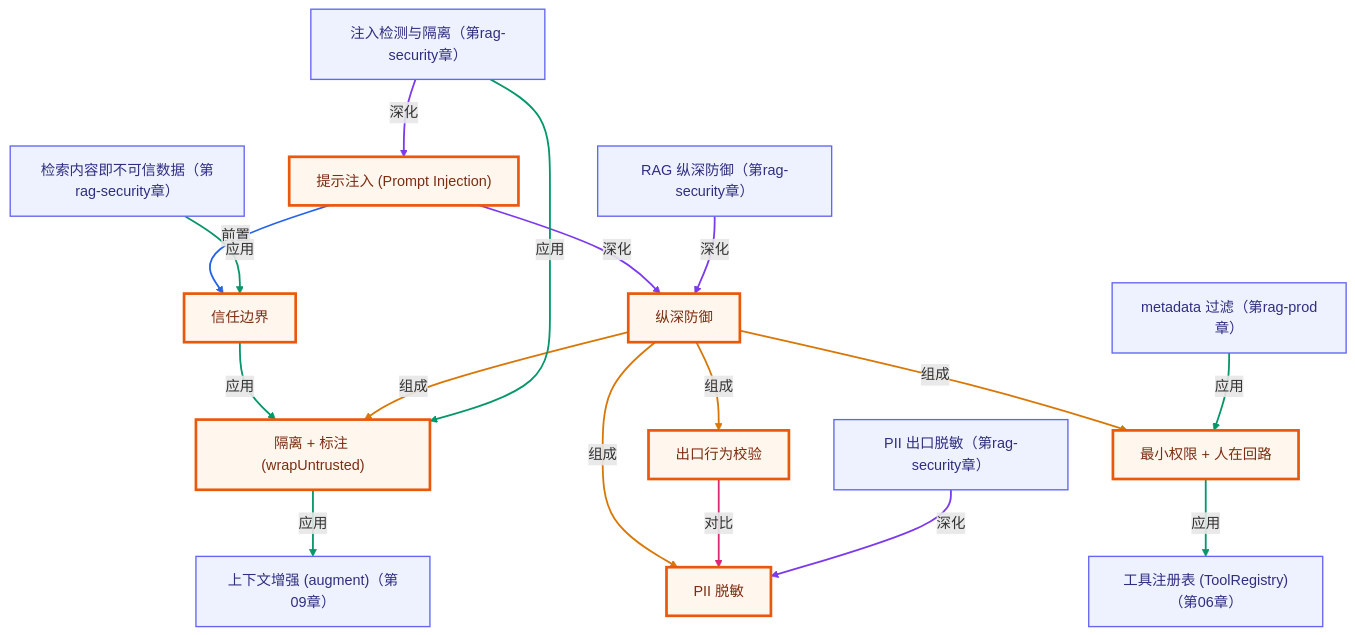
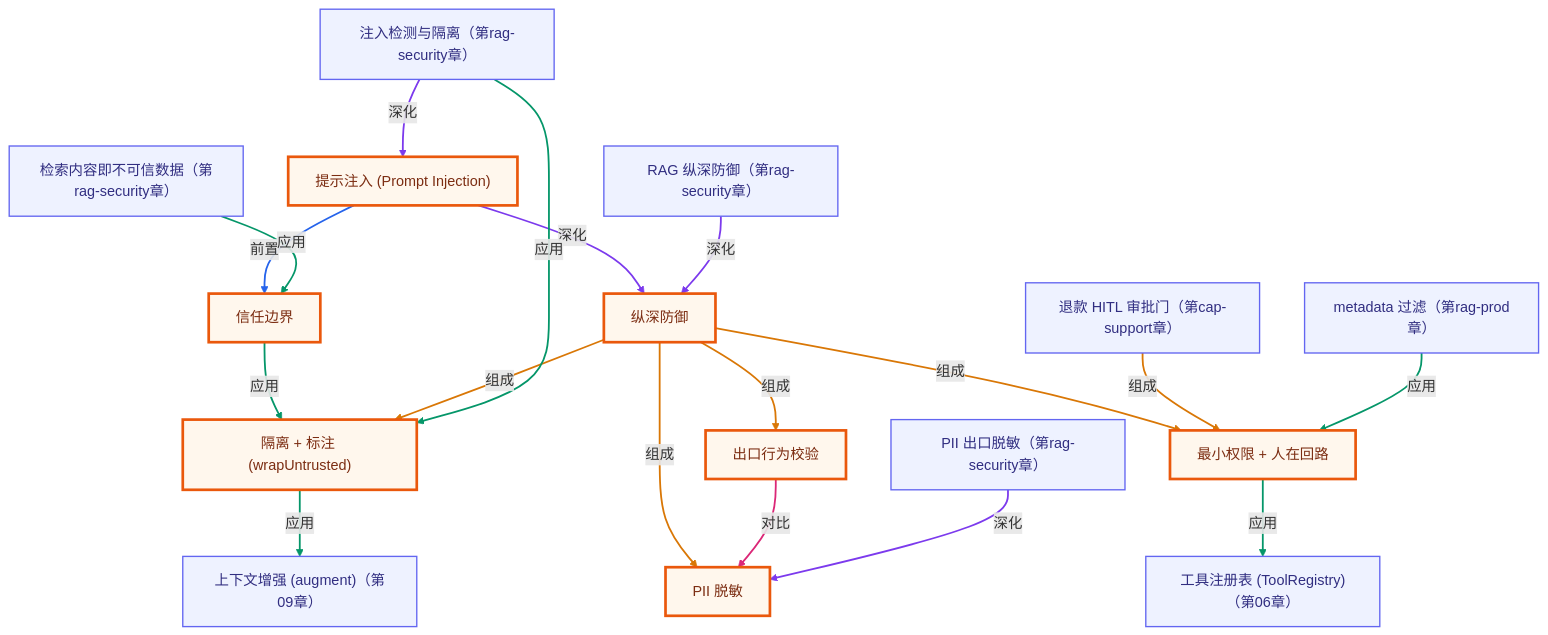
One commit to songuu/agent changed the second of 2 diagrams in lessons/17-safety-and-guardrails/README.md. Above: the diagram before and after it, drawn with Mermaid. The commit also changed other lines of this file and 46 other files, not shown here.

````diff
--- a/lessons/17-safety-and-guardrails/README.md
+++ b/lessons/17-safety-and-guardrails/README.md
@@ -201,53 +201,56 @@
 ```mermaid
 graph TB
   classDef own fill:#fff7ed,stroke:#ea580c,stroke-width:3px,color:#7c2d12;
   classDef cross fill:#eef2ff,stroke:#6366f1,stroke-width:1.5px,color:#312e81;
   n_c17_prompt_injection["提示注入 (Prompt Injection)"]
   n_c17_trust_boundary["信任边界"]
   n_c17_isolate_and_label["隔离 + 标注 (wrapUntrusted)"]
   n_c17_defense_in_depth["纵深防御"]
   n_c17_output_validation["出口行为校验"]
   n_c17_pii_redaction["PII 脱敏"]
   n_c17_human_in_the_loop["最小权限 + 人在回路"]
   n_c09_augment_prompt["上下文增强 (augment)（第09章）"]
   n_c06_tool_registry["工具注册表 (ToolRegistry)（第06章）"]
+  n_csup_hitl["退款 HITL 审批门（第cap-support章）"]
   n_cragprod_metadata_filter["metadata 过滤（第rag-prod章）"]
   n_cragsec_untrusted_retrieval["检索内容即不可信数据（第rag-security章）"]
   n_cragsec_injection_detection["注入检测与隔离（第rag-security章）"]
   n_cragsec_pii_redaction["PII 出口脱敏（第rag-security章）"]
   n_cragsec_defense_in_depth["RAG 纵深防御（第rag-security章）"]
   n_c17_prompt_injection -->|前置| n_c17_trust_boundary
   n_c17_trust_boundary -->|应用| n_c17_isolate_and_label
   n_c17_defense_in_depth -->|组成| n_c17_isolate_and_label
   n_c17_defense_in_depth -->|组成| n_c17_output_validation
   n_c17_defense_in_depth -->|组成| n_c17_pii_redaction
   n_c17_defense_in_depth -->|组成| n_c17_human_in_the_loop
   n_c17_output_validation -->|对比| n_c17_pii_redaction
   n_c17_prompt_injection -->|深化| n_c17_defense_in_depth
   n_c17_isolate_and_label -->|应用| n_c09_augment_prompt
   n_c17_human_in_the_loop -->|应用| n_c06_tool_registry
+  n_csup_hitl -->|组成| n_c17_human_in_the_loop
   n_cragprod_metadata_filter -->|应用| n_c17_human_in_the_loop
   n_cragsec_untrusted_retrieval -->|应用| n_c17_trust_boundary
   n_cragsec_injection_detection -->|深化| n_c17_prompt_injection
   n_cragsec_injection_detection -->|应用| n_c17_isolate_and_label
   n_cragsec_pii_redaction -->|深化| n_c17_pii_redaction
   n_cragsec_defense_in_depth -->|深化| n_c17_defense_in_depth
   class n_c17_prompt_injection,n_c17_trust_boundary,n_c17_isolate_and_label,n_c17_defense_in_depth,n_c17_output_validation,n_c17_pii_redaction,n_c17_human_in_the_loop own;
-  class n_c09_augment_prompt,n_c06_tool_registry,n_cragprod_metadata_filter,n_cragsec_untrusted_retrieval,n_cragsec_injection_detection,n_cragsec_pii_redaction,n_cragsec_defense_in_depth cross;
+  class n_c09_augment_prompt,n_c06_tool_registry,n_csup_hitl,n_cragprod_metadata_filter,n_cragsec_untrusted_retrieval,n_cragsec_injection_detection,n_cragsec_pii_redaction,n_cragsec_defense_in_depth cross;
   linkStyle 0 stroke:#2563eb,stroke-width:2px;
   linkStyle 1 stroke:#059669,stroke-width:2px;
   linkStyle 2 stroke:#d97706,stroke-width:2px;
   linkStyle 3 stroke:#d97706,stroke-width:2px;
   linkStyle 4 stroke:#d97706,stroke-width:2px;
   linkStyle 5 stroke:#d97706,stroke-width:2px;
   linkStyle 6 stroke:#db2777,stroke-width:2px;
   linkStyle 7 stroke:#7c3aed,stroke-width:2px;
   linkStyle 8 stroke:#059669,stroke-width:2px;
   linkStyle 9 stroke:#059669,stroke-width:2px;
-  linkStyle 10 stroke:#059669,stroke-width:2px;
+  linkStyle 10 stroke:#d97706,stroke-width:2px;
   linkStyle 11 stroke:#059669,stroke-width:2px;
-  linkStyle 12 stroke:#7c3aed,stroke-width:2px;
-  linkStyle 13 stroke:#059669,stroke-width:2px;
-  linkStyle 14 stroke:#7c3aed,stroke-width:2px;
+  linkStyle 12 stroke:#059669,stroke-width:2px;
+  linkStyle 13 stroke:#7c3aed,stroke-width:2px;
+  linkStyle 14 stroke:#059669,stroke-width:2px;
   linkStyle 15 stroke:#7c3aed,stroke-width:2px;
+  linkStyle 16 stroke:#7c3aed,stroke-width:2px;
 ```
````
